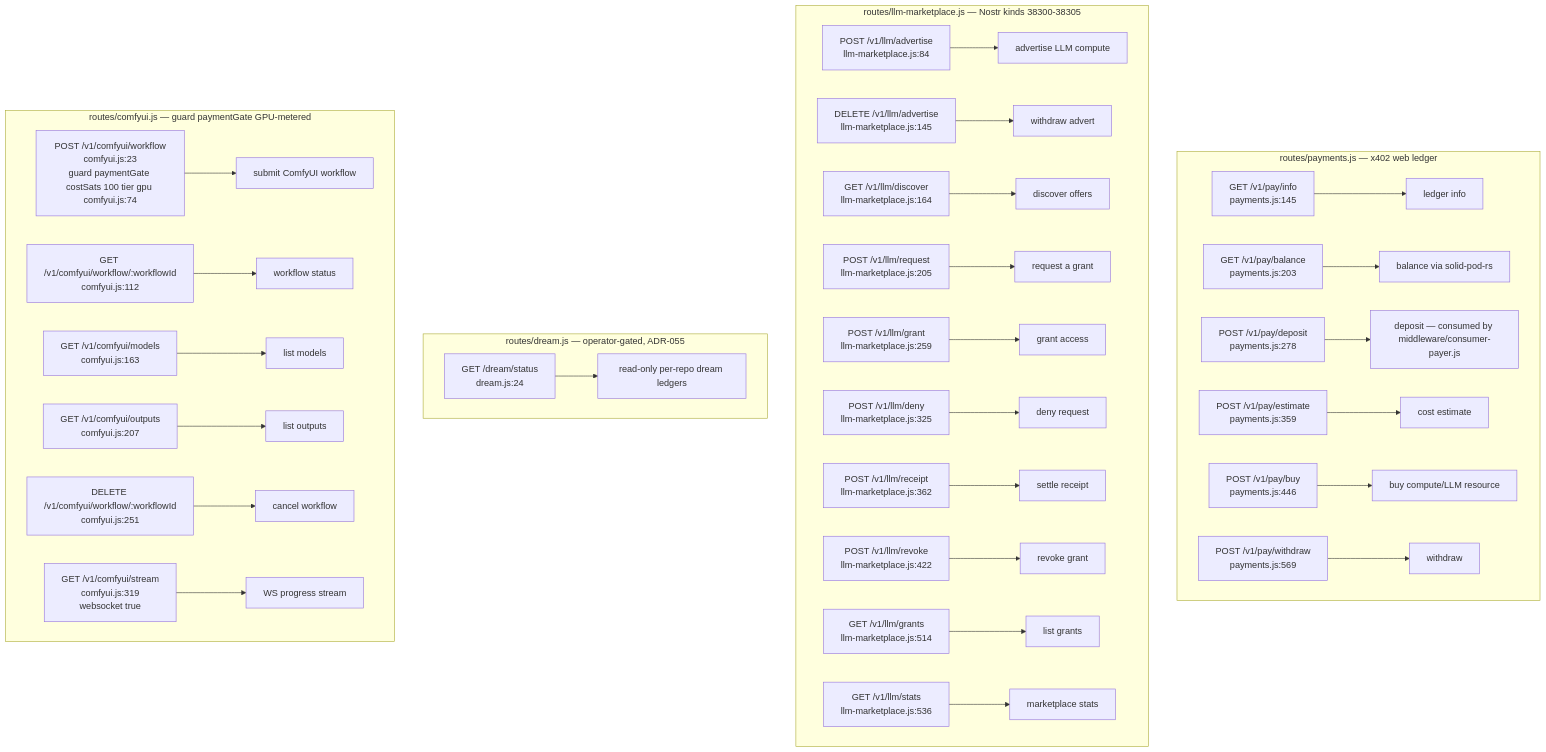
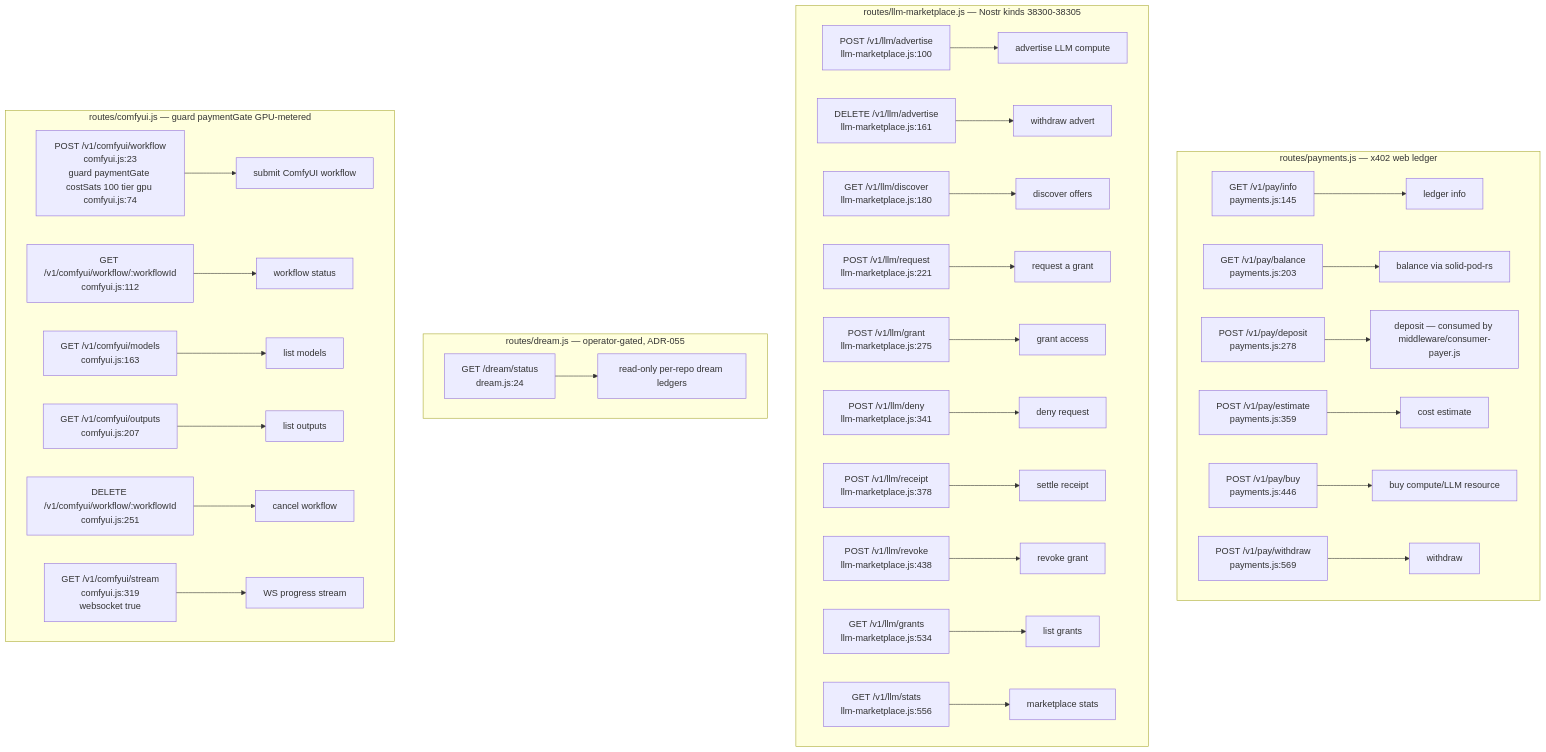
Before and after one commit to DreamLab-AI/VisionFlow: the tenth of 17 diagrams in docs/diagrams/agentbox/03-management-api-request-lifecycle.md, drawn with Mermaid. The commit also changed other lines of this file and 17 other files, not shown here.

````diff
--- a/docs/diagrams/agentbox/03-management-api-request-lifecycle.md
+++ b/docs/diagrams/agentbox/03-management-api-request-lifecycle.md
@@ -387,34 +388,34 @@
 ```mermaid
 flowchart TD
     subgraph pay["routes/payments.js — x402 web ledger"]
         PY1["GET /v1/pay/info<br/>payments.js:145"] --> PYH1["ledger info"]
         PY2["GET /v1/pay/balance<br/>payments.js:203"] --> PYH2["balance via solid-pod-rs"]
         PY3["POST /v1/pay/deposit<br/>payments.js:278"] --> PYH3["deposit — consumed by middleware/consumer-payer.js"]
         PY4["POST /v1/pay/estimate<br/>payments.js:359"] --> PYH4["cost estimate"]
         PY5["POST /v1/pay/buy<br/>payments.js:446"] --> PYH5["buy compute/LLM resource"]
         PY6["POST /v1/pay/withdraw<br/>payments.js:569"] --> PYH6["withdraw"]
     end
     subgraph llm["routes/llm-marketplace.js — Nostr kinds 38300-38305"]
-        LM1["POST /v1/llm/advertise<br/>llm-marketplace.js:84"] --> LMH1["advertise LLM compute"]
-        LM2["DELETE /v1/llm/advertise<br/>llm-marketplace.js:145"] --> LMH2["withdraw advert"]
-        LM3["GET /v1/llm/discover<br/>llm-marketplace.js:164"] --> LMH3["discover offers"]
-        LM4["POST /v1/llm/request<br/>llm-marketplace.js:205"] --> LMH4["request a grant"]
-        LM5["POST /v1/llm/grant<br/>llm-marketplace.js:259"] --> LMH5["grant access"]
-        LM6["POST /v1/llm/deny<br/>llm-marketplace.js:325"] --> LMH6["deny request"]
-        LM7["POST /v1/llm/receipt<br/>llm-marketplace.js:362"] --> LMH7["settle receipt"]
-        LM8["POST /v1/llm/revoke<br/>llm-marketplace.js:422"] --> LMH8["revoke grant"]
-        LM9["GET /v1/llm/grants<br/>llm-marketplace.js:514"] --> LMH9["list grants"]
-        LM10["GET /v1/llm/stats<br/>llm-marketplace.js:536"] --> LMH10["marketplace stats"]
+        LM1["POST /v1/llm/advertise<br/>llm-marketplace.js:100"] --> LMH1["advertise LLM compute"]
+        LM2["DELETE /v1/llm/advertise<br/>llm-marketplace.js:161"] --> LMH2["withdraw advert"]
+        LM3["GET /v1/llm/discover<br/>llm-marketplace.js:180"] --> LMH3["discover offers"]
+        LM4["POST /v1/llm/request<br/>llm-marketplace.js:221"] --> LMH4["request a grant"]
+        LM5["POST /v1/llm/grant<br/>llm-marketplace.js:275"] --> LMH5["grant access"]
+        LM6["POST /v1/llm/deny<br/>llm-marketplace.js:341"] --> LMH6["deny request"]
+        LM7["POST /v1/llm/receipt<br/>llm-marketplace.js:378"] --> LMH7["settle receipt"]
+        LM8["POST /v1/llm/revoke<br/>llm-marketplace.js:438"] --> LMH8["revoke grant"]
+        LM9["GET /v1/llm/grants<br/>llm-marketplace.js:534"] --> LMH9["list grants"]
+        LM10["GET /v1/llm/stats<br/>llm-marketplace.js:556"] --> LMH10["marketplace stats"]
     end
     subgraph dream["routes/dream.js — operator-gated, ADR-055"]
         DR1["GET /dream/status<br/>dream.js:24"] --> DRH1["read-only per-repo dream ledgers"]
     end
     subgraph comfy["routes/comfyui.js — guard paymentGate GPU-metered"]
         CF1["POST /v1/comfyui/workflow<br/>comfyui.js:23<br/>guard paymentGate costSats 100 tier gpu comfyui.js:74"] --> CFH1["submit ComfyUI workflow"]
         CF2["GET /v1/comfyui/workflow/:workflowId<br/>comfyui.js:112"] --> CFH2["workflow status"]
         CF3["GET /v1/comfyui/models<br/>comfyui.js:163"] --> CFH3["list models"]
         CF4["GET /v1/comfyui/outputs<br/>comfyui.js:207"] --> CFH4["list outputs"]
         CF5["DELETE /v1/comfyui/workflow/:workflowId<br/>comfyui.js:251"] --> CFH5["cancel workflow"]
         CF6["GET /v1/comfyui/stream<br/>comfyui.js:319<br/>websocket true"] --> CFH6["WS progress stream"]
     end
 ```
````
